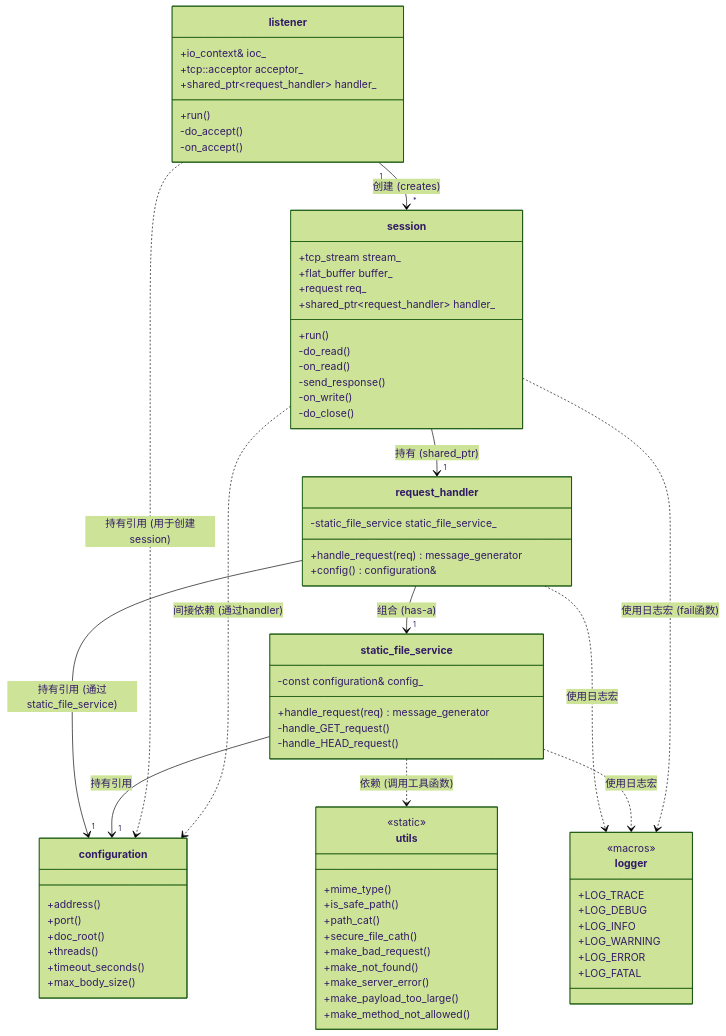
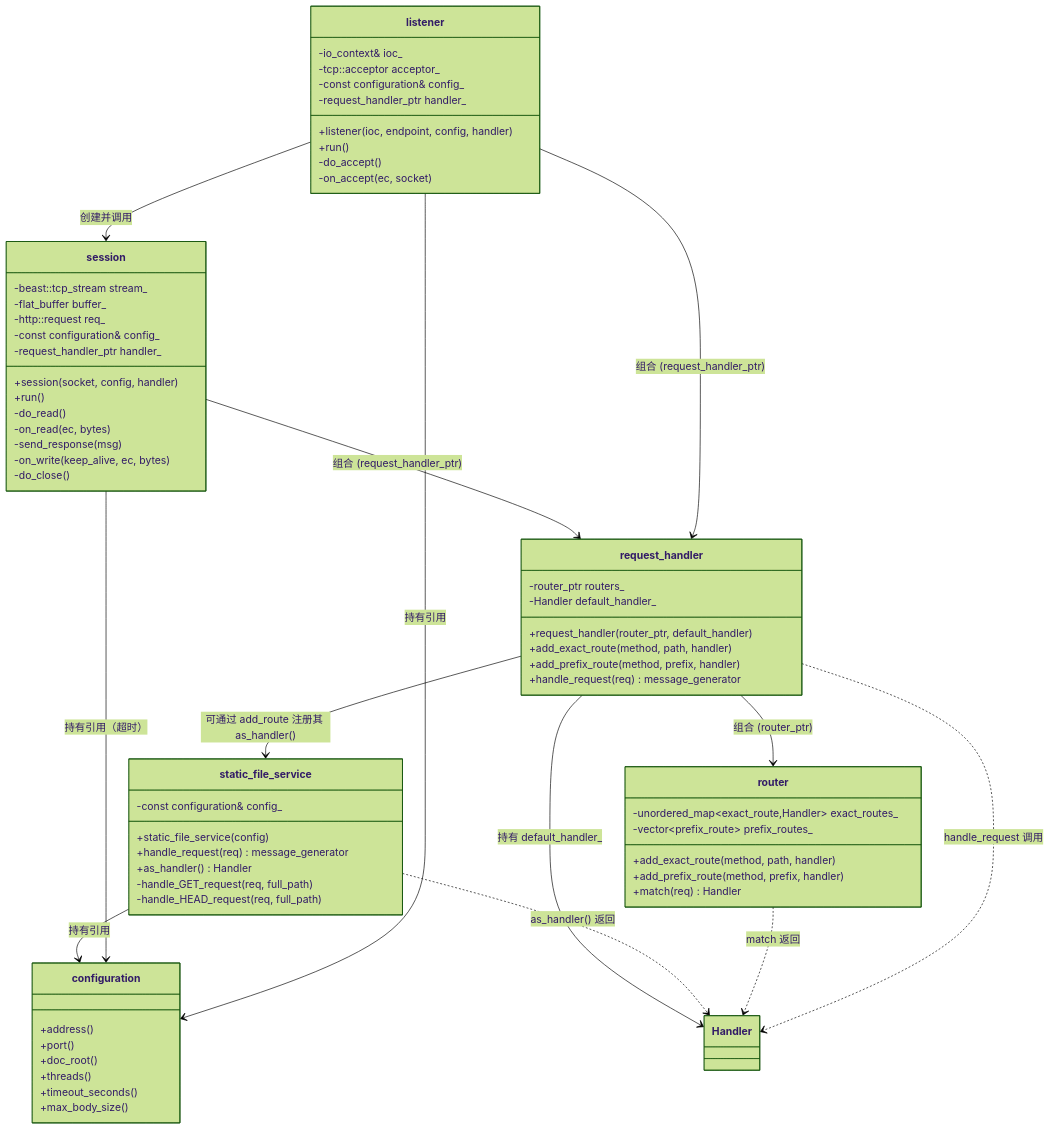
One commit to iLogIng/http_server changed the second of 2 diagrams in README.md. Above: the diagram before and after it, drawn with Mermaid (forest theme). The commit also changed other lines of this file, not shown here.

Commit message:
docs(README.md): 想README.md文件中添加了项目的mermaid格式图像描述

````diff
--- a/README.md
+++ b/README.md
@@ -57,36 +110,7 @@
 ```mermaid
 classDiagram
-    class listener {
-        +io_context& ioc_
-        +tcp::acceptor acceptor_
-        +shared_ptr~request_handler~ handler_
-        +run()
-        -do_accept()
-        -on_accept()
-    }
-    class session {
-        +tcp_stream stream_
-        +flat_buffer buffer_
-        +request req_
-        +shared_ptr~request_handler~ handler_
-        +run()
-        -do_read()
-        -on_read()
-        -send_response()
-        -on_write()
-        -do_close()
-    }
-    class request_handler {
-        -static_file_service static_file_service_
-        +handle_request(req) message_generator
-        +config() configuration&
-    }
-    class static_file_service {
-        -const configuration& config_
-        +handle_request(req) message_generator
-        -handle_GET_request()
-        -handle_HEAD_request()
-    }
+    direction TD
+
     class configuration {
         +address()
         +port()
@@ -95,37 +119,75 @@
         +timeout_seconds()
         +max_body_size()
     }
-    class utils {
-        <<static>>
-        +mime_type()
-        +is_safe_path()
-        +path_cat()
-        +secure_file_cath()
-        +make_bad_request()
-        +make_not_found()
-        +make_server_error()
-        +make_payload_too_large()
-        +make_method_not_allowed()
-    }
-    class logger {
-        <<macros>>
-        +LOG_TRACE
-        +LOG_DEBUG
-        +LOG_INFO
-        +LOG_WARNING
-        +LOG_ERROR
-        +LOG_FATAL
+
+    class static_file_service {
+        -const configuration& config_
+        +static_file_service(config)
+        +handle_request(req) message_generator
+        +as_handler() Handler
+        -handle_GET_request(req, full_path)
+        -handle_HEAD_request(req, full_path)
     }
 
-    listener "1" --> "*" session : 创建 (creates)
-    session --> "1" request_handler : 持有 (shared_ptr)
-    request_handler --> "1" static_file_service : 组合 (has-a)
-    request_handler --> "1" configuration : 持有引用 (通过static_file_service)
-    static_file_service --> "1" configuration : 持有引用
-    static_file_service ..> utils : 依赖 (调用工具函数)
-    listener ..> configuration : 持有引用 (用于创建session)
-    session ..> configuration : 间接依赖 (通过handler)
-    request_handler ..> logger : 使用日志宏
-    static_file_service ..> logger : 使用日志宏
-    session ..> logger : 使用日志宏 (fail函数)
+    class router {
+        -unordered_map~exact_route,Handler~ exact_routes_
+        -vector~prefix_route~ prefix_routes_
+        +add_exact_route(method, path, handler)
+        +add_prefix_route(method, prefix, handler)
+        +match(req) Handler
+    }
+
+    class request_handler {
+        -router_ptr routers_
+        -Handler default_handler_
+        +request_handler(router_ptr, default_handler)
+        +add_exact_route(method, path, handler)
+        +add_prefix_route(method, prefix, handler)
+        +handle_request(req) message_generator
+    }
+
+    class session {
+        -beast::tcp_stream stream_
+        -flat_buffer buffer_
+        -http::request req_
+        -const configuration& config_
+        -request_handler_ptr handler_
+        +session(socket, config, handler)
+        +run()
+        -do_read()
+        -on_read(ec, bytes)
+        -send_response(msg)
+        -on_write(keep_alive, ec, bytes)
+        -do_close()
+    }
+
+    class listener {
+        -io_context& ioc_
+        -tcp::acceptor acceptor_
+        -const configuration& config_
+        -request_handler_ptr handler_
+        +listener(ioc, endpoint, config, handler)
+        +run()
+        -do_accept()
+        -on_accept(ec, socket)
+    }
+
+    %% 依赖关系
+    static_file_service --> configuration : 持有引用
+    session --> configuration : 持有引用（超时）
+    listener --> configuration : 持有引用
+
+    request_handler --> router : 组合 (router_ptr)
+    request_handler --> Handler : 持有 default_handler_
+
+    session --> request_handler : 组合 (request_handler_ptr)
+    listener --> request_handler : 组合 (request_handler_ptr)
+    listener --> session : 创建并调用
+
+    static_file_service ..> Handler : as_handler() 返回
+    router ..> Handler : match 返回
+    request_handler ..> Handler : handle_request 调用
+
+    %% 路由注册时的关系（虚线）
+    request_handler --> static_file_service : 可通过 add_route 注册其 as_handler()
 ```
````
